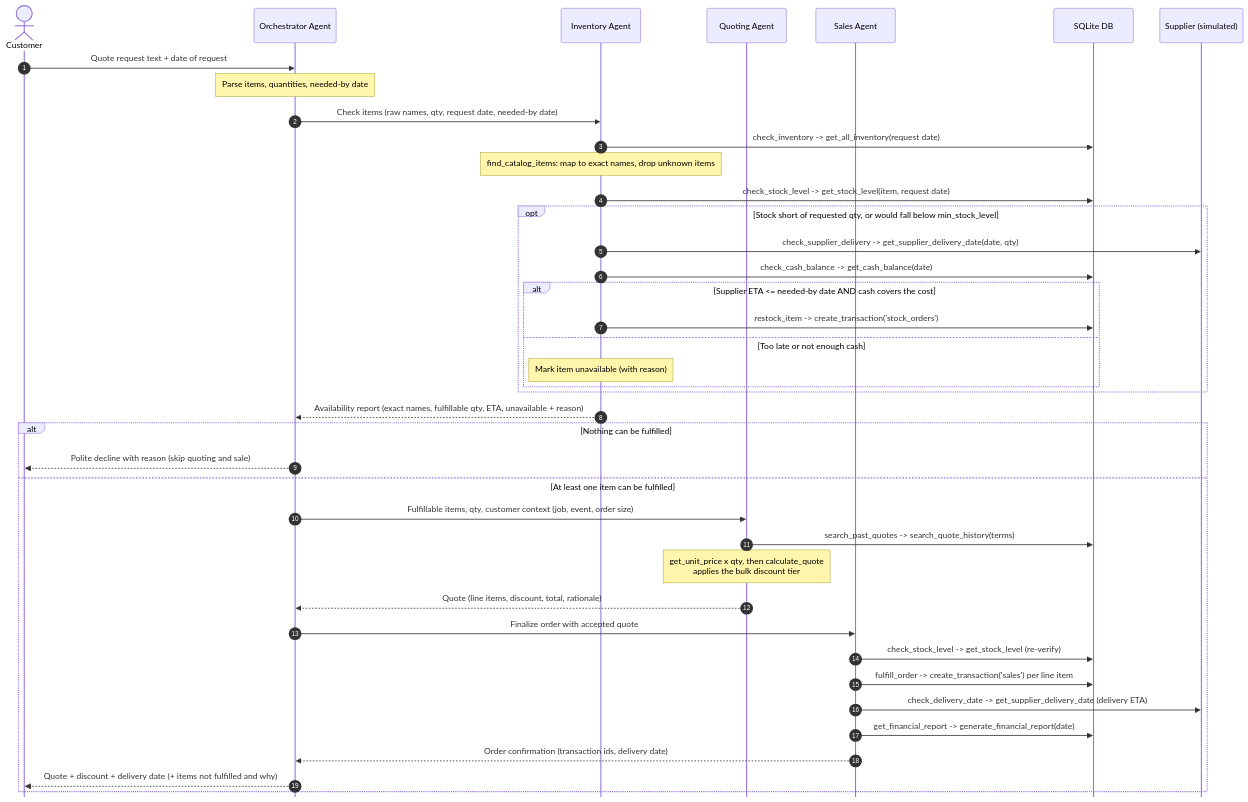
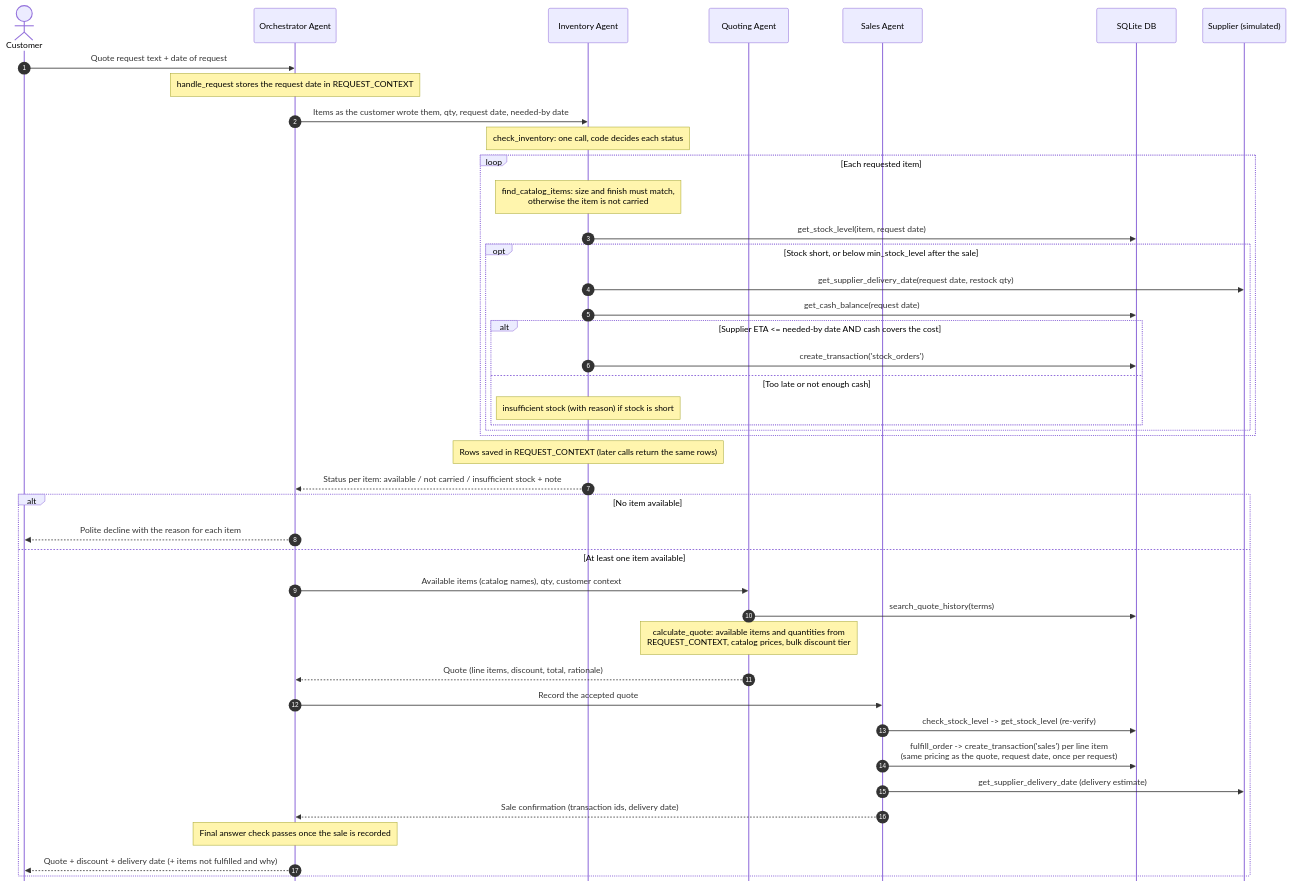
The diagram in diagrams/request_sequence.mmd (WhaleKong/beaver_choice_paper_company), drawn with Mermaid before and after one commit. The commit also changed 4 other files, not shown here.

First line of the commit message:
Update workflow diagrams to match the implemented agents and tools

```diff
--- a/diagrams/request_sequence.mmd
+++ b/diagrams/request_sequence.mmd
@@ -1,47 +1,48 @@
 %%{init: {"sequence": {"messageFontSize": 15, "noteFontSize": 14, "actorFontSize": 15, "messageMargin": 38, "noteMargin": 12, "boxTextMargin": 8, "mirrorActors": false}, "themeVariables": {"fontSize": "15px"}}}%%
 %% Lifecycle of one customer request through the Munder Difflin multi-agent system.
-%% Arrows are tool calls or delegations; notes are reasoning steps inside one agent.
+%% Arrows are tool calls or delegations; notes are reasoning steps or checks inside one agent or tool.
 sequenceDiagram
     autonumber
     actor C as Customer
     participant O as Orchestrator Agent
     participant I as Inventory Agent
     participant Q as Quoting Agent
     participant S as Sales Agent
     participant DB as SQLite DB
     participant SUP as Supplier (simulated)
 
     C->>O: Quote request text + date of request
-    Note over O: Parse items, quantities, needed-by date
-    O->>I: Check items (raw names, qty, request date, needed-by date)
-    I->>DB: check_inventory -> get_all_inventory(request date)
-    Note over I: find_catalog_items: map to exact names, drop unknown items
-    I->>DB: check_stock_level -> get_stock_level(item, request date)
-
-    opt Stock short of requested qty, or would fall below min_stock_level
-        I->>SUP: check_supplier_delivery -> get_supplier_delivery_date(date, qty)
-        I->>DB: check_cash_balance -> get_cash_balance(date)
-        alt Supplier ETA <= needed-by date AND cash covers the cost
-            I->>DB: restock_item -> create_transaction('stock_orders')
-        else Too late or not enough cash
-            Note over I: Mark item unavailable (with reason)
+    Note over O: handle_request stores the request date in REQUEST_CONTEXT
+    O->>I: Items as the customer wrote them, qty, request date, needed-by date
+    Note over I: check_inventory: one call, code decides each status
+    loop Each requested item
+        Note over I: find_catalog_items: size and finish must match,<br/>otherwise the item is not carried
+        I->>DB: get_stock_level(item, request date)
+        opt Stock short, or below min_stock_level after the sale
+            I->>SUP: get_supplier_delivery_date(request date, restock qty)
+            I->>DB: get_cash_balance(request date)
+            alt Supplier ETA <= needed-by date AND cash covers the cost
+                I->>DB: create_transaction('stock_orders')
+            else Too late or not enough cash
+                Note over I: insufficient stock (with reason) if stock is short
+            end
         end
     end
+    Note over I: Rows saved in REQUEST_CONTEXT (later calls return the same rows)
+    I-->>O: Status per item: available / not carried / insufficient stock + note
 
-    I-->>O: Availability report (exact names, fulfillable qty, ETA, unavailable + reason)
-
-    alt Nothing can be fulfilled
-        O-->>C: Polite decline with reason (skip quoting and sale)
-    else At least one item can be fulfilled
-        O->>Q: Fulfillable items, qty, customer context (job, event, order size)
-        Q->>DB: search_past_quotes -> search_quote_history(terms)
-        Note over Q: get_unit_price x qty, then calculate_quote<br/>applies the bulk discount tier
+    alt No item available
+        O-->>C: Polite decline with the reason for each item
+    else At least one item available
+        O->>Q: Available items (catalog names), qty, customer context
+        Q->>DB: search_quote_history(terms)
+        Note over Q: calculate_quote: available items and quantities from<br/>REQUEST_CONTEXT, catalog prices, bulk discount tier
         Q-->>O: Quote (line items, discount, total, rationale)
-        O->>S: Finalize order with accepted quote
+        O->>S: Record the accepted quote
         S->>DB: check_stock_level -> get_stock_level (re-verify)
-        S->>DB: fulfill_order -> create_transaction('sales') per line item
-        S->>SUP: check_delivery_date -> get_supplier_delivery_date (delivery ETA)
-        S->>DB: get_financial_report -> generate_financial_report(date)
-        S-->>O: Order confirmation (transaction ids, delivery date)
+        S->>DB: fulfill_order -> create_transaction('sales') per line item<br/>(same pricing as the quote, request date, once per request)
+        S->>SUP: get_supplier_delivery_date (delivery estimate)
+        S-->>O: Sale confirmation (transaction ids, delivery date)
+        Note over O: Final answer check passes once the sale is recorded
         O-->>C: Quote + discount + delivery date (+ items not fulfilled and why)
     end
```
